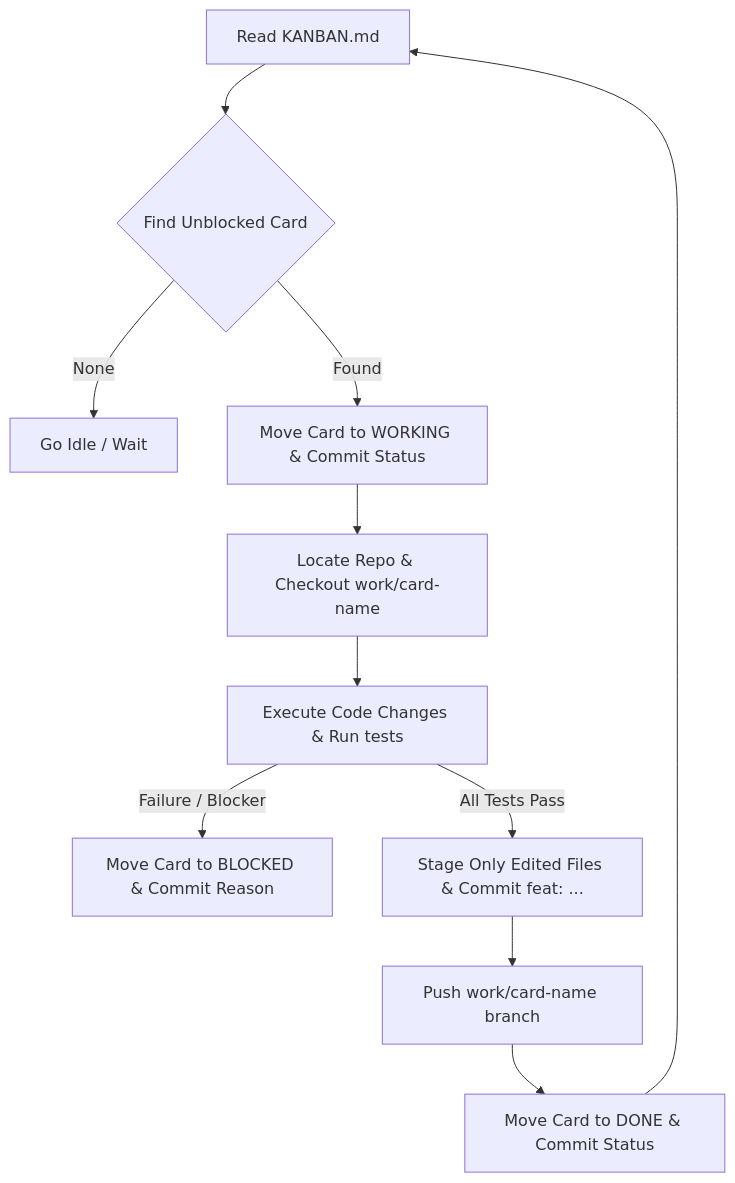
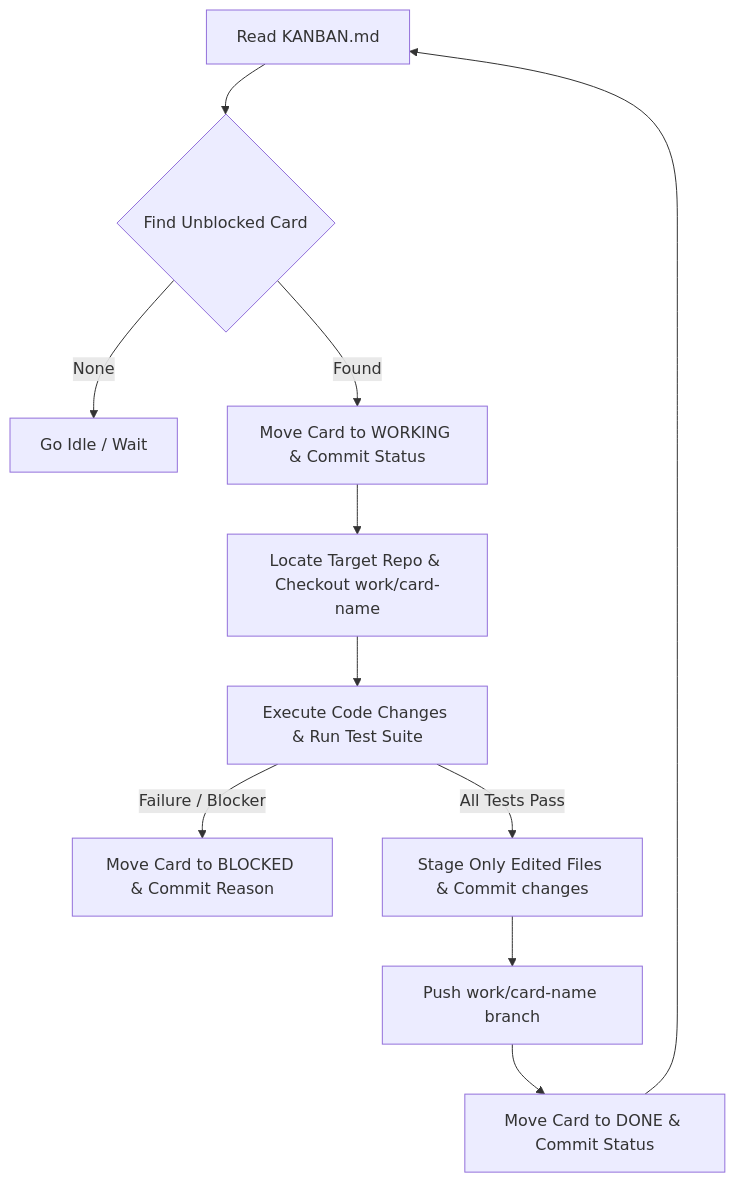
Before and after one commit to subtiliorars-sys/CodeMonkeys: the diagram in omnitender-worklog/CLAUDE_PROTOCOL.md, drawn with Mermaid. The commit also changed other lines of this file and 6 other files, not shown here.

````diff
--- a/omnitender-worklog/CLAUDE_PROTOCOL.md
+++ b/omnitender-worklog/CLAUDE_PROTOCOL.md
@@ -11,13 +11,13 @@
 ```mermaid
 graph TD
     A[Read KANBAN.md] --> B{Find Unblocked Card}
     B -- None --> C[Go Idle / Wait]
     B -- Found --> D[Move Card to WORKING & Commit Status]
-    D --> E[Locate Repo & Checkout work/card-name]
-    E --> F[Execute Code Changes & Run tests]
+    D --> E[Locate Target Repo & Checkout work/card-name]
+    E --> F[Execute Code Changes & Run Test Suite]
     F -- Failure / Blocker --> G[Move Card to BLOCKED & Commit Reason]
-    F -- All Tests Pass --> H[Stage Only Edited Files & Commit feat: ...]
+    F -- All Tests Pass --> H[Stage Only Edited Files & Commit changes]
     H --> I[Push work/card-name branch]
     I --> J[Move Card to DONE & Commit Status]
     J --> A
 ```
````
